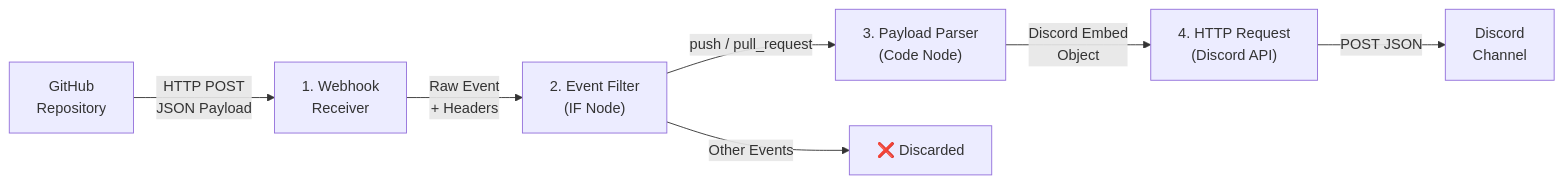
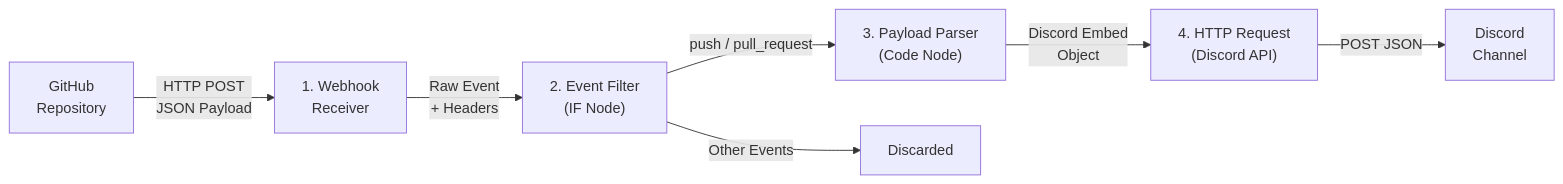
One commit to ademhmercha/n8n-github-discord-workfow changed the diagram in docs/architecture.md. Above: the diagram before and after it, drawn with Mermaid. The commit also changed 2 other files, not shown here.

Commit message:
remove all emojis from documentation and code

````diff
--- a/docs/architecture.md
+++ b/docs/architecture.md
@@ -11,9 +11,9 @@
 ```mermaid
 flowchart LR
     A["GitHub<br/>Repository"] -->|"HTTP POST<br/>JSON Payload"| B["1. Webhook<br/>Receiver"]
     B -->|"Raw Event<br/>+ Headers"| C["2. Event Filter<br/>(IF Node)"]
     C -->|"push / pull_request"| D["3. Payload Parser<br/>(Code Node)"]
-    C -->|"Other Events"| E["❌ Discarded"]
+    C -->|"Other Events"| E["Discarded"]
     D -->|"Discord Embed<br/>Object"| F["4. HTTP Request<br/>(Discord API)"]
     F -->|"POST JSON"| G["Discord<br/>Channel"]
 ```
````
